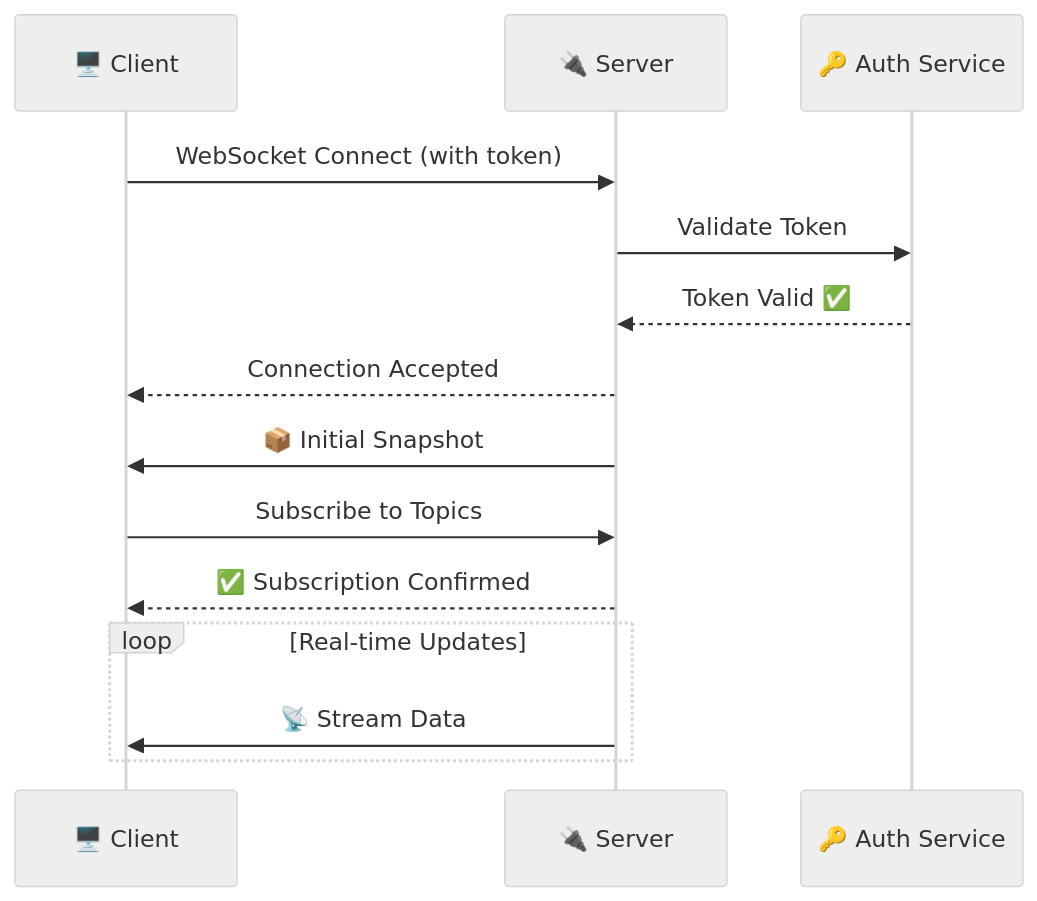
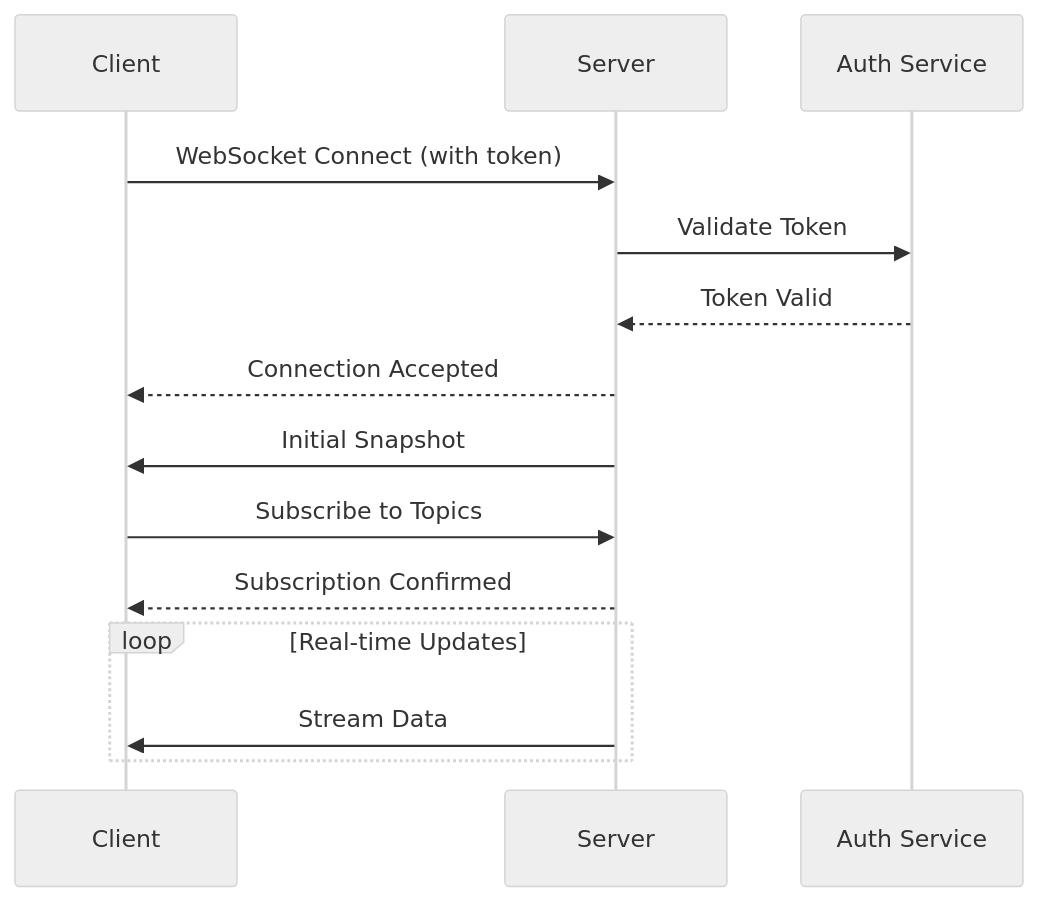
Before and after one commit to CHA0S-CORP/SkySpyDocs: the second of 8 diagrams in docs/api-reference/websocket-api.md, drawn with Mermaid (neutral theme). The commit also changed other lines of this file, not shown here.

````diff
--- a/docs/api-reference/websocket-api.md
+++ b/docs/api-reference/websocket-api.md
@@ -98,18 +96,18 @@
 ```mermaid
 sequenceDiagram
-    participant C as 🖥️ Client
-    participant S as 🔌 Server
-    participant A as 🔑 Auth Service
+    participant C as Client
+    participant S as Server
+    participant A as Auth Service
 
     C->>S: WebSocket Connect (with token)
     S->>A: Validate Token
-    A-->>S: Token Valid ✅
+    A-->>S: Token Valid
     S-->>C: Connection Accepted
-    S->>C: 📦 Initial Snapshot
+    S->>C: Initial Snapshot
     C->>S: Subscribe to Topics
-    S-->>C: ✅ Subscription Confirmed
+    S-->>C: Subscription Confirmed
 
     loop Real-time Updates
-        S->>C: 📡 Stream Data
+        S->>C: Stream Data
     end
 ```
````
